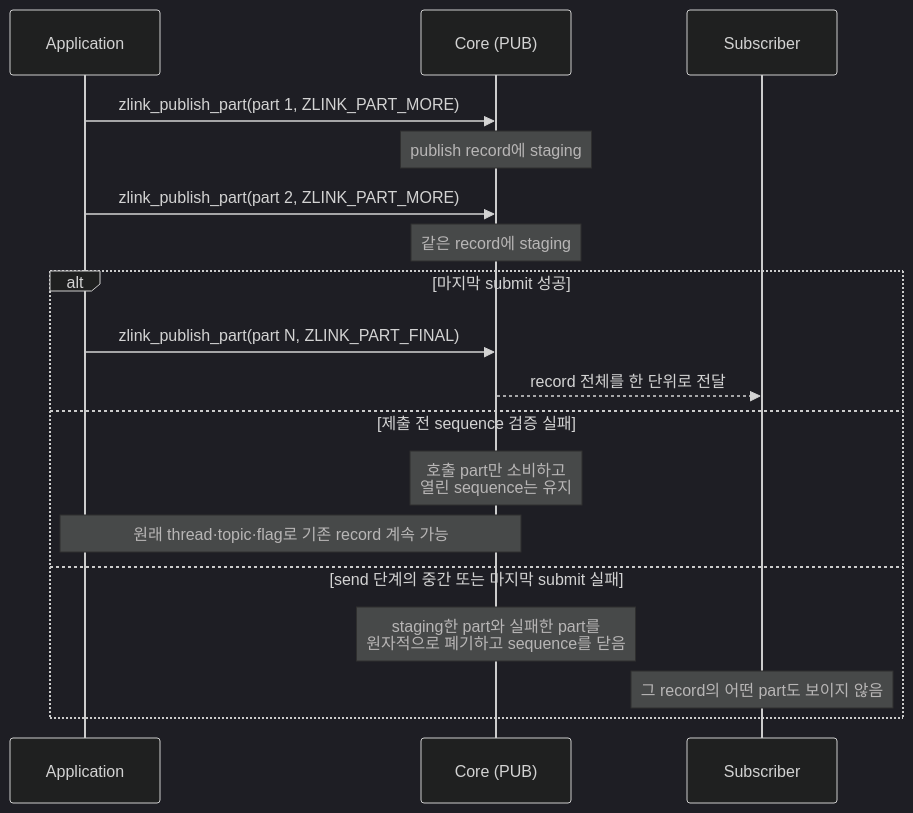
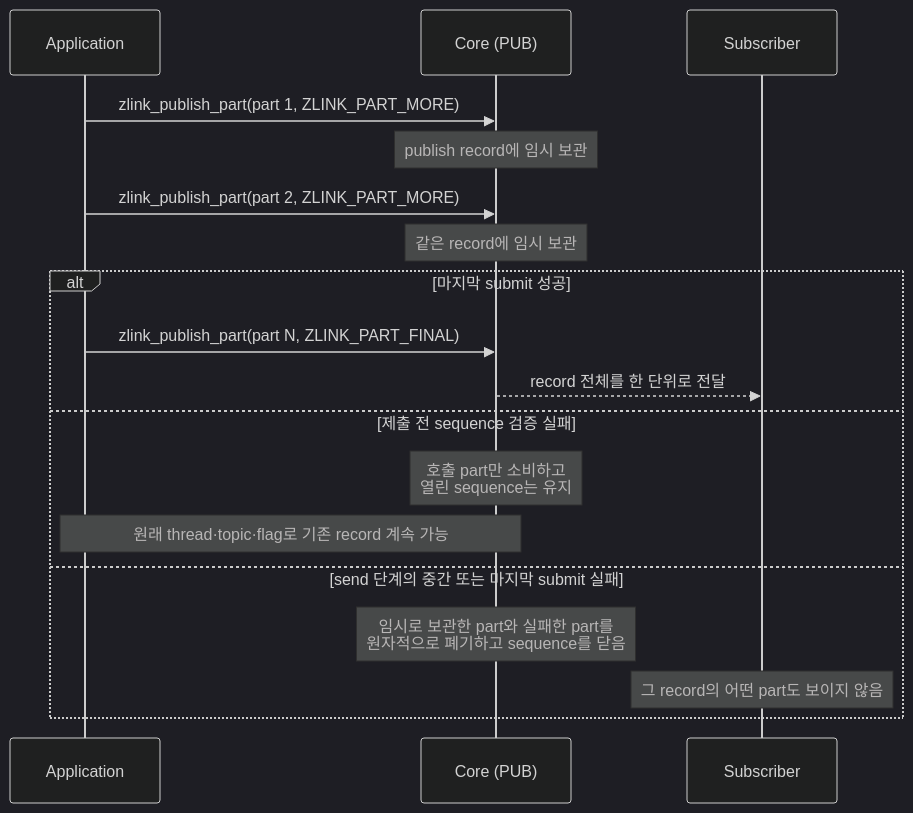
Before and after one commit to zlink-systems/zlink: the diagram in core/doc/spec/core/socket/02-pub.ko.md, drawn with Mermaid (dark theme). The commit also changed other lines of this file and 102 other files, not shown here.

````diff
--- a/core/doc/spec/core/socket/02-pub.ko.md
+++ b/core/doc/spec/core/socket/02-pub.ko.md
@@ -76,20 +78,20 @@
 ```mermaid
 sequenceDiagram
     participant App as Application
     participant Core as Core (PUB)
     participant Sub as Subscriber
     App->>Core: zlink_publish_part(part 1, ZLINK_PART_MORE)
-    Note over Core: publish record에 staging
+    Note over Core: publish record에 임시 보관
     App->>Core: zlink_publish_part(part 2, ZLINK_PART_MORE)
-    Note over Core: 같은 record에 staging
+    Note over Core: 같은 record에 임시 보관
     alt 마지막 submit 성공
         App->>Core: zlink_publish_part(part N, ZLINK_PART_FINAL)
         Core-->>Sub: record 전체를 한 단위로 전달
     else 제출 전 sequence 검증 실패
         Note over Core: 호출 part만 소비하고<br/>열린 sequence는 유지
         Note over App,Core: 원래 thread·topic·flag로 기존 record 계속 가능
     else send 단계의 중간 또는 마지막 submit 실패
-        Note over Core: staging한 part와 실패한 part를<br/>원자적으로 폐기하고 sequence를 닫음
+        Note over Core: 임시로 보관한 part와 실패한 part를<br/>원자적으로 폐기하고 sequence를 닫음
         Note over Sub: 그 record의 어떤 part도 보이지 않음
     end
 ```
````
